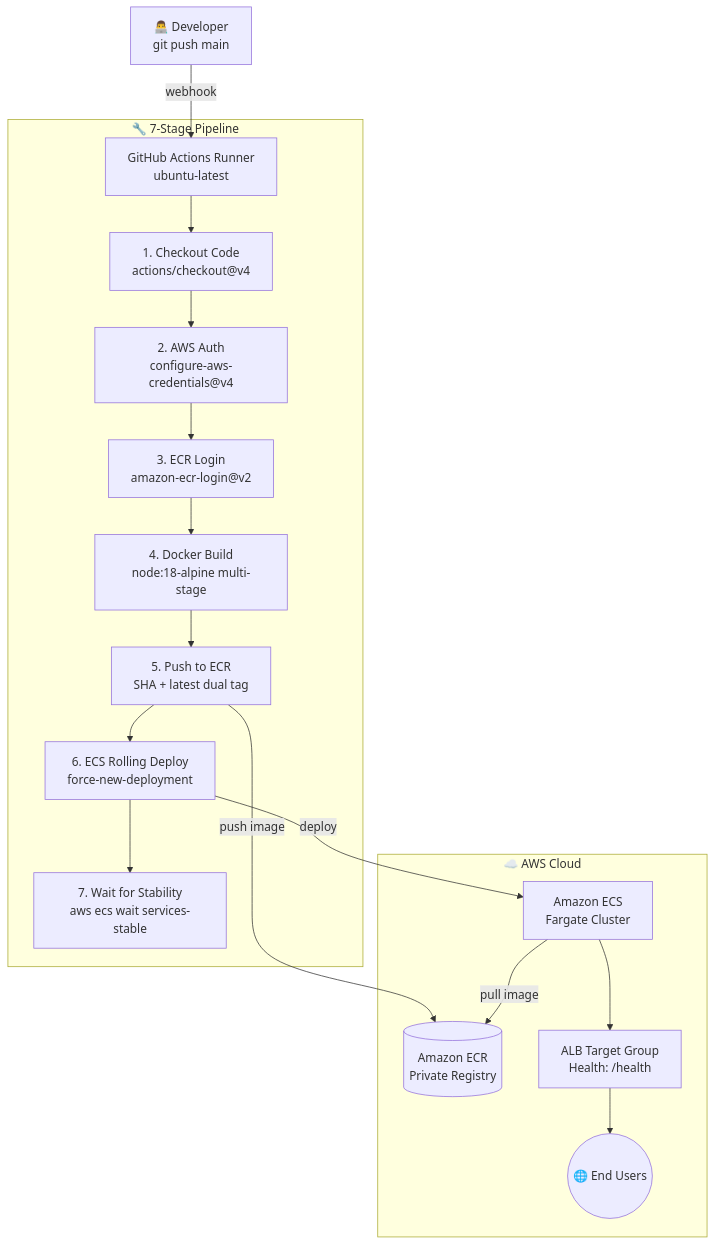
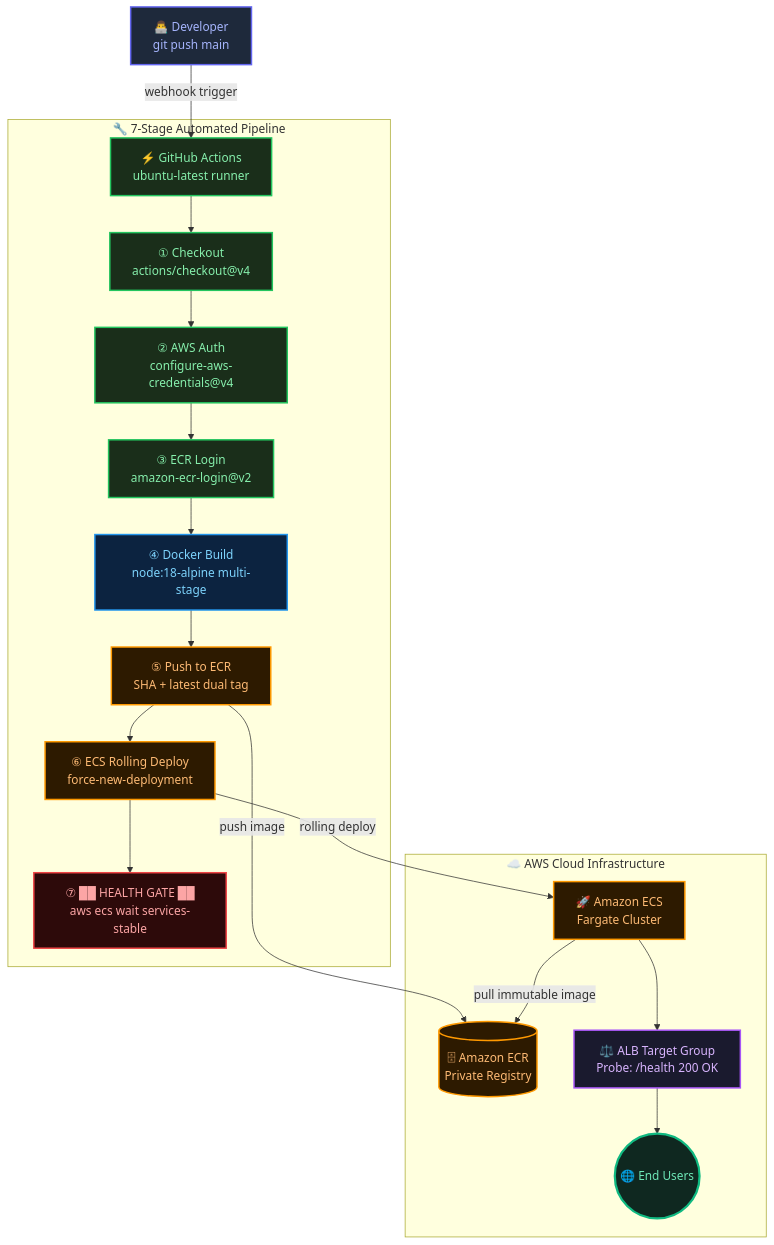
One commit to ruthwik-thotapelli/CloudForge-AWS-DevOps-CI-CD-Infrastructure-for-Secure-Deployments changed the diagram in README.md. Above: the diagram before and after it, drawn with Mermaid. The commit also changed other lines of this file, not shown here.

Commit message:
docs: add 3-row rich badge panel and fully colorized Mermaid diagram with classDef styles

````diff
--- a/README.md
+++ b/README.md
@@ -105,26 +130,35 @@
 ```mermaid
 graph TD
-    A[👨‍💻 Developer\ngit push main] -->|webhook| B[GitHub Actions Runner\nubuntu-latest]
+    classDef dev fill:#1e293b,stroke:#6366f1,stroke-width:2px,color:#a5b4fc
+    classDef ci fill:#1a2e1a,stroke:#22c55e,stroke-width:2px,color:#86efac
+    classDef docker fill:#0c2340,stroke:#2496ED,stroke-width:2px,color:#7dd3fc
+    classDef ecr fill:#2d1a00,stroke:#FF9900,stroke-width:2px,color:#fdba74
+    classDef ecs fill:#2d1a00,stroke:#FF9900,stroke-width:2px,color:#fdba74
+    classDef alb fill:#1a1a2e,stroke:#a855f7,stroke-width:2px,color:#d8b4fe
+    classDef user fill:#0f2820,stroke:#10b981,stroke-width:3px,color:#6ee7b7
+    classDef gate fill:#2d0a0a,stroke:#ef4444,stroke-width:2px,color:#fca5a5
 
-    subgraph pipeline [🔧 7-Stage Pipeline]
-        B --> C[1. Checkout Code\nactions/checkout@v4]
-        C --> D[2. AWS Auth\nconfigure-aws-credentials@v4]
-        D --> E[3. ECR Login\namazon-ecr-login@v2]
-        E --> F[4. Docker Build\nnode:18-alpine multi-stage]
-        F --> G[5. Push to ECR\nSHA + latest dual tag]
-        G --> H[6. ECS Rolling Deploy\nforce-new-deployment]
-        H --> I[7. Wait for Stability\naws ecs wait services-stable]
+    A["👨‍💻 Developer\ngit push main"]:::dev -->|webhook trigger| B["⚡ GitHub Actions\nubuntu-latest runner"]:::ci
+
+    subgraph pipeline ["  🔧 7-Stage Automated Pipeline  "]
+        B --> C["① Checkout\nactions/checkout@v4"]:::ci
+        C --> D["② AWS Auth\nconfigure-aws-credentials@v4"]:::ci
+        D --> E["③ ECR Login\namazon-ecr-login@v2"]:::ci
+        E --> F["④ Docker Build\nnode:18-alpine multi-stage"]:::docker
+        F --> G["⑤ Push to ECR\nSHA + latest dual tag"]:::ecr
+        G --> H["⑥ ECS Rolling Deploy\nforce-new-deployment"]:::ecs
+        H --> I["⑦ ██ HEALTH GATE ██\naws ecs wait services-stable"]:::gate
     end
 
-    subgraph aws [☁️ AWS Cloud]
-        J[(Amazon ECR\nPrivate Registry)]
-        K[Amazon ECS\nFargate Cluster]
-        L[ALB Target Group\nHealth: /health]
-        M((🌐 End Users))
+    subgraph aws ["  ☁️ AWS Cloud Infrastructure  "]
+        J[("🗄 Amazon ECR\nPrivate Registry")]:::ecr
+        K["🚀 Amazon ECS\nFargate Cluster"]:::ecs
+        L["⚖️ ALB Target Group\nProbe: /health 200 OK"]:::alb
+        M(("🌐 End Users")):::user
     end
 
     G -->|push image| J
-    H -->|deploy| K
-    K -->|pull image| J
+    H -->|rolling deploy| K
+    K -->|pull immutable image| J
     K --> L --> M
 ```
````
